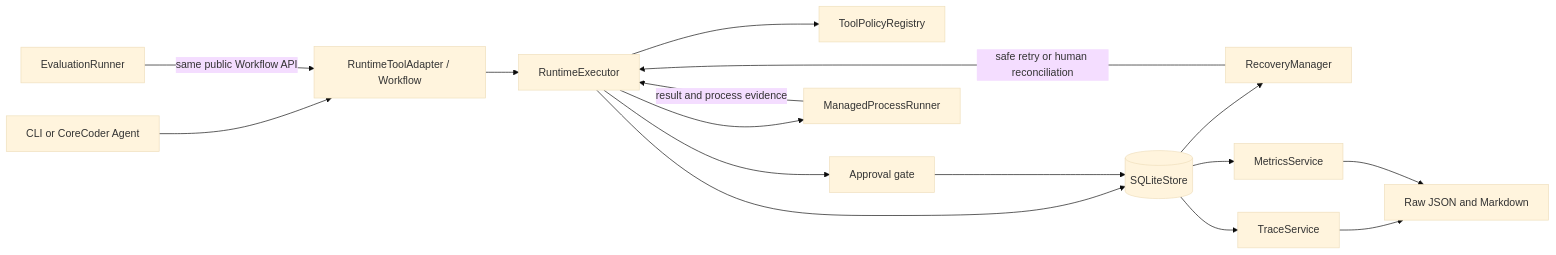
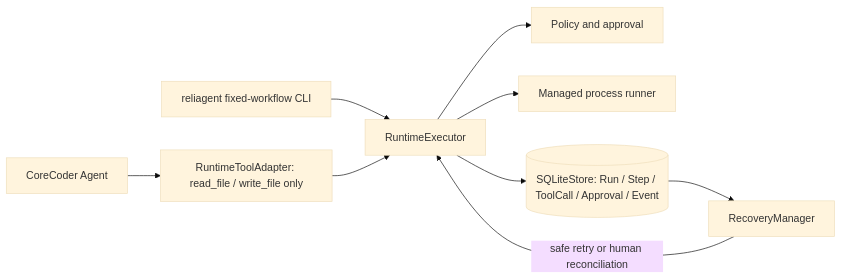
The first of 2 diagrams in docs/reliagent/architecture.md (kexinhao03/CoreCoder), drawn with Mermaid (base theme) before and after one commit. The commit also changed other lines of this file and 5 other files, not shown here.

````diff
--- a/docs/reliagent/architecture.md
+++ b/docs/reliagent/architecture.md
@@ -10,18 +11,11 @@
 ```mermaid
 flowchart LR
-    User[CLI or CoreCoder Agent] --> Adapter[RuntimeToolAdapter / Workflow]
-    Adapter --> Executor[RuntimeExecutor]
-    Executor --> Policy[ToolPolicyRegistry]
-    Executor --> Approval[Approval gate]
-    Executor --> Process[ManagedProcessRunner]
-    Executor --> Store[(SQLiteStore)]
-    Approval --> Store
-    Process -->|result and process evidence| Executor
-    Store --> Recovery[RecoveryManager]
-    Recovery -->|safe retry or human reconciliation| Executor
-    Store --> Trace[TraceService]
-    Store --> Metrics[MetricsService]
-    Eval[EvaluationRunner] -->|same public Workflow API| Adapter
-    Trace --> Evidence[Raw JSON and Markdown]
-    Metrics --> Evidence
+    A[CoreCoder Agent] --> T[RuntimeToolAdapter: read_file / write_file only]
+    C[reliagent fixed-workflow CLI] --> E[RuntimeExecutor]
+    T --> E
+    E --> P[Policy and approval]
+    E --> M[Managed process runner]
+    E --> S[(SQLiteStore: Run / Step / ToolCall / Approval / Event)]
+    S --> R[RecoveryManager]
+    R -->|safe retry or human reconciliation| E
 ```
````
